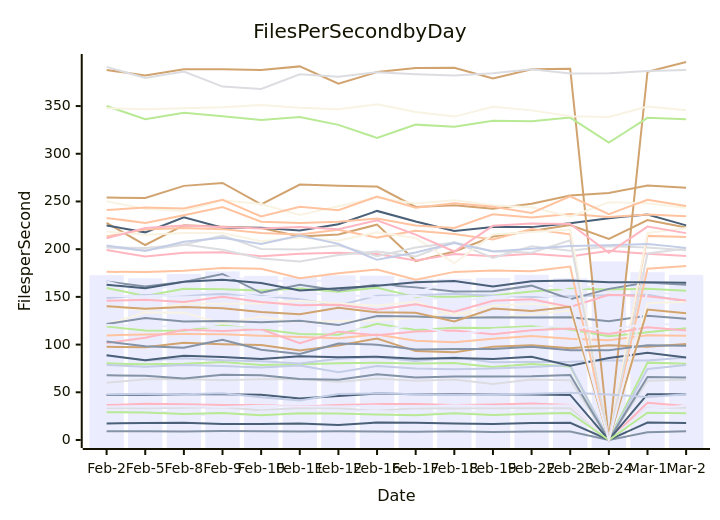
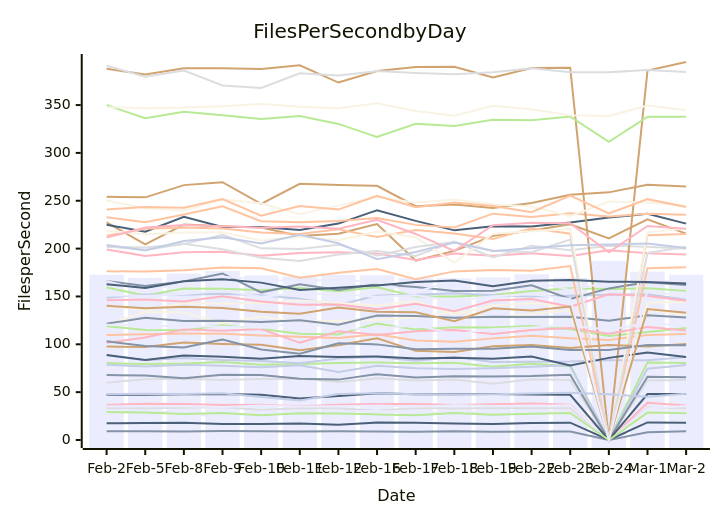
Before and after one commit to streetsidesoftware/cspell: the diagram in perf-report.md, drawn with Mermaid. The commit also changed other lines of this file and 1 other file, not shown here.

````diff
--- a/perf-report.md
+++ b/perf-report.md
@@ -10,57 +10,57 @@
 ```mermaid
 xychart-beta
     title Files Per Second by Day
     y-axis Files per Second
     x-axis Date [Feb-2, Feb-5, Feb-8, Feb-9, Feb-10, Feb-11, Feb-12, Feb-16, Feb-17, Feb-18, Feb-19, Feb-22, Feb-23, Feb-24, Mar-1, Mar-2]
-    bar [172.76, 169.39, 173.94, 176.68, 172.01, 170.80, 172.59, 172.20, 169.11, 168.97, 169.87, 173.10, 169.52, 187.14, 175.84, 173.05]
+    bar [172.76, 169.39, 173.94, 176.68, 172.01, 170.80, 172.59, 172.20, 169.11, 168.97, 169.87, 173.10, 169.52, 187.14, 175.84, 172.63]
     line [9.14, 9.10, 8.87, 9.39, 9.10, 8.79, 9.11, 8.93, 8.64, 9.05, 8.51, 8.78, 8.98, 0.00, 8.08, 9.26]
-    line [109.65, 110.63, 111.16, 110.94, 109.21, 107.83, 106.68, 110.60, 103.95, 102.58, 106.20, 108.99, 106.23, 104.62, 109.75, 109.29]
-    line [33.23, 33.25, 33.77, 34.38, 31.28, 33.43, 33.24, 30.53, 33.31, 33.04, 33.28, 33.21, 33.17, 0.00, 33.83, 33.68]
-    line [80.34, 79.32, 79.86, 81.63, 78.70, 79.41, 80.42, 80.99, 80.08, 80.78, 76.61, 79.69, 77.15, 0.00, 81.09, 79.97]
-    line [227.45, 204.37, 225.14, 223.42, 222.08, 213.20, 215.50, 225.73, 187.50, 197.59, 213.32, 219.03, 225.40, 210.70, 230.59, 222.69]
-    line [88.66, 83.22, 85.59, 83.52, 82.54, 80.25, 85.24, 86.74, 82.84, 86.83, 81.45, 81.71, 81.96, 83.41, 83.27, 86.40]
-    line [199.11, 192.32, 196.15, 196.80, 192.49, 195.28, 196.29, 194.83, 188.10, 194.84, 192.66, 195.15, 192.32, 198.30, 195.10, 192.78]
-    line [224.86, 217.64, 233.33, 222.49, 222.54, 219.50, 226.16, 240.10, 228.96, 219.08, 223.33, 223.11, 227.19, 232.41, 236.43, 224.92]
-    line [121.09, 133.64, 133.48, 121.84, 129.06, 122.93, 124.68, 125.50, 128.25, 133.90, 127.83, 131.88, 135.36, 0.00, 136.13, 132.52]
-    line [31.08, 29.80, 28.87, 23.26, 29.91, 29.82, 30.05, 30.35, 28.52, 29.28, 29.65, 29.97, 29.42, 0.00, 30.75, 30.28]
-    line [121.54, 127.82, 124.27, 124.62, 123.31, 125.03, 120.42, 129.98, 129.47, 127.87, 128.69, 128.42, 128.71, 124.50, 130.30, 127.04]
-    line [232.76, 227.56, 235.60, 244.14, 228.71, 227.46, 228.82, 232.02, 224.80, 222.16, 236.53, 233.14, 236.87, 233.63, 236.34, 234.51]
-    line [201.87, 201.12, 204.97, 199.43, 190.33, 187.01, 193.91, 197.53, 192.34, 207.35, 190.87, 203.05, 198.23, 203.08, 201.82, 198.98]
-    line [159.34, 150.93, 158.41, 157.97, 156.56, 158.71, 155.41, 159.62, 150.02, 150.05, 151.55, 155.58, 158.55, 157.69, 158.64, 156.54]
-    line [254.20, 253.57, 266.34, 269.39, 246.86, 267.66, 266.35, 265.66, 244.28, 246.16, 242.48, 247.66, 256.36, 258.77, 266.75, 264.26]
-    line [148.70, 151.93, 151.71, 152.93, 151.27, 147.55, 140.92, 151.13, 151.76, 153.31, 151.18, 149.85, 150.69, 151.72, 152.23, 145.27]
-    line [36.65, 37.87, 37.52, 36.62, 36.71, 35.21, 36.78, 37.62, 37.74, 36.57, 37.30, 38.24, 36.77, 0.00, 38.95, 35.76]
-    line [17.39, 17.79, 18.01, 16.74, 16.81, 17.17, 15.81, 18.35, 18.08, 17.18, 16.76, 17.88, 18.10, 0.00, 18.36, 17.82]
-    line [140.14, 135.87, 142.86, 142.75, 143.10, 145.82, 143.11, 140.65, 144.98, 130.98, 140.65, 142.78, 139.39, 0.00, 143.34, 144.82]
-    line [35.24, 35.24, 35.29, 34.51, 36.01, 35.10, 35.21, 35.98, 34.82, 36.43, 35.46, 35.84, 36.34, 0.00, 33.04, 35.84]
-    line [166.16, 160.94, 165.57, 174.04, 154.30, 162.65, 156.66, 162.87, 159.96, 155.64, 155.90, 161.77, 147.50, 158.41, 164.95, 162.63]
-    line [213.40, 220.70, 222.08, 221.01, 216.87, 215.38, 220.23, 212.12, 219.37, 215.84, 210.18, 221.20, 215.57, 0.00, 213.93, 212.83]
-    line [59.94, 63.60, 64.06, 62.64, 63.65, 63.88, 60.68, 64.42, 62.12, 63.28, 58.66, 63.36, 62.75, 0.00, 62.13, 63.22]
-    line [118.96, 114.84, 114.56, 119.99, 116.03, 111.12, 110.27, 121.81, 115.35, 117.70, 117.45, 119.10, 115.72, 108.80, 112.87, 117.03]
-    line [387.86, 381.95, 388.55, 388.50, 387.75, 391.57, 373.53, 385.59, 389.88, 390.09, 378.81, 388.65, 389.04, 0.00, 385.97, 396.17]
-    line [78.73, 76.88, 78.62, 77.47, 76.02, 78.07, 71.09, 77.64, 74.87, 74.07, 74.98, 76.63, 78.24, 0.00, 74.50, 78.69]
-    line [146.04, 146.87, 144.71, 150.09, 144.64, 141.32, 141.68, 136.63, 142.32, 134.55, 145.82, 147.42, 139.34, 152.31, 150.56, 146.19]
-    line [88.85, 83.51, 88.25, 87.06, 84.92, 87.81, 86.69, 87.24, 85.15, 85.90, 85.00, 87.17, 77.95, 85.83, 91.39, 86.36]
-    line [218.52, 215.06, 216.88, 216.99, 208.40, 212.31, 208.84, 217.81, 211.80, 185.28, 215.46, 218.06, 220.51, 0.00, 217.03, 222.29]
-    line [166.07, 155.61, 164.06, 170.66, 167.78, 165.93, 167.97, 164.38, 154.74, 166.79, 161.65, 166.00, 156.64, 164.50, 165.52, 164.82]
-    line [67.83, 67.42, 64.50, 68.29, 67.95, 63.94, 63.10, 68.79, 65.40, 66.62, 66.45, 66.78, 68.09, 0.00, 66.08, 65.59]
-    line [176.27, 176.08, 177.50, 180.37, 179.50, 169.53, 174.82, 178.71, 168.06, 176.19, 177.57, 176.95, 181.84, 0.00, 179.55, 182.48]
-    line [202.30, 198.84, 204.68, 214.35, 200.27, 199.54, 204.14, 192.69, 201.75, 206.87, 197.87, 196.25, 209.40, 0.00, 195.54, 200.79]
-    line [350.02, 336.18, 342.95, 339.36, 335.43, 338.51, 330.30, 316.59, 330.53, 328.24, 334.55, 334.07, 337.95, 311.68, 337.70, 336.19]
-    line [97.62, 97.16, 101.86, 100.35, 99.46, 93.91, 99.01, 106.34, 93.17, 91.86, 97.86, 99.22, 96.08, 99.35, 97.75, 100.65]
-    line [203.85, 198.04, 207.86, 211.91, 205.36, 214.41, 205.57, 188.86, 196.47, 206.41, 197.46, 200.43, 203.43, 204.23, 205.42, 201.36]
-    line [101.57, 107.21, 115.59, 114.29, 115.98, 101.55, 113.56, 109.85, 113.73, 114.86, 110.85, 114.90, 116.94, 111.12, 118.08, 114.70]
-    line [47.29, 47.35, 47.86, 48.05, 47.30, 43.46, 46.02, 48.76, 47.89, 47.85, 48.05, 47.61, 47.20, 0.00, 48.02, 47.91]
-    line [250.17, 242.23, 239.94, 251.24, 247.36, 235.88, 244.92, 253.98, 247.84, 251.30, 245.99, 243.93, 233.93, 249.19, 248.13, 243.43]
-    line [120.43, 119.43, 118.96, 118.43, 117.39, 122.51, 116.51, 115.88, 120.25, 110.42, 115.69, 117.45, 119.97, 115.23, 122.06, 120.20]
-    line [103.18, 98.24, 96.65, 104.96, 94.67, 90.15, 101.17, 99.92, 94.76, 95.38, 95.32, 97.68, 93.94, 94.07, 99.29, 98.68]
-    line [240.95, 243.60, 242.70, 251.69, 234.31, 244.51, 240.78, 255.22, 243.34, 248.23, 244.44, 238.03, 255.33, 236.79, 251.67, 245.27]
-    line [391.09, 379.53, 386.07, 370.43, 367.95, 383.26, 380.80, 385.48, 383.39, 382.12, 384.41, 388.46, 384.20, 384.25, 386.70, 387.82]
-    line [29.20, 28.78, 27.22, 28.25, 25.94, 28.04, 27.66, 26.73, 25.95, 28.09, 26.29, 27.51, 28.29, 0.00, 28.66, 28.05]
-    line [140.20, 137.55, 139.32, 138.06, 134.03, 131.86, 138.50, 133.91, 133.44, 124.24, 137.70, 135.31, 139.52, 0.00, 136.77, 132.85]
-    line [47.79, 48.42, 47.97, 48.95, 44.92, 41.33, 48.11, 48.93, 47.91, 47.47, 47.85, 48.58, 49.42, 47.74, 45.18, 48.04]
-    line [211.45, 222.13, 224.72, 223.26, 221.76, 223.13, 220.88, 230.21, 215.32, 197.56, 224.48, 226.95, 226.51, 196.21, 223.62, 216.82]
-    line [162.82, 158.93, 165.88, 167.89, 164.45, 156.78, 159.08, 161.56, 165.23, 166.55, 160.76, 166.40, 167.25, 165.44, 165.22, 164.81]
-    line [347.78, 346.57, 347.57, 348.75, 351.19, 348.15, 346.62, 351.78, 343.88, 338.94, 349.19, 345.47, 339.39, 338.55, 349.45, 345.71]
-    line [151.10, 150.58, 152.48, 156.02, 149.70, 153.17, 152.51, 149.58, 151.17, 145.28, 150.19, 152.37, 147.43, 0.00, 156.21, 151.00]
+    line [109.65, 110.63, 111.16, 110.94, 109.21, 107.83, 106.68, 110.60, 103.95, 102.58, 106.20, 108.99, 106.23, 104.62, 109.75, 110.66]
+    line [33.23, 33.25, 33.77, 34.38, 31.28, 33.43, 33.24, 30.53, 33.31, 33.04, 33.28, 33.21, 33.17, 0.00, 33.83, 33.52]
+    line [80.34, 79.32, 79.86, 81.63, 78.70, 79.41, 80.42, 80.99, 80.08, 80.78, 76.61, 79.69, 77.15, 0.00, 81.09, 80.35]
+    line [227.45, 204.37, 225.14, 223.42, 222.08, 213.20, 215.50, 225.73, 187.50, 197.59, 213.32, 219.03, 225.40, 210.70, 230.59, 215.70]
+    line [88.66, 83.22, 85.59, 83.52, 82.54, 80.25, 85.24, 86.74, 82.84, 86.83, 81.45, 81.71, 81.96, 83.41, 83.27, 86.60]
+    line [199.11, 192.32, 196.15, 196.80, 192.49, 195.28, 196.29, 194.83, 188.10, 194.84, 192.66, 195.15, 192.32, 198.30, 195.10, 193.94]
+    line [224.86, 217.64, 233.33, 222.49, 222.54, 219.50, 226.16, 240.10, 228.96, 219.08, 223.33, 223.11, 227.19, 232.41, 236.43, 226.11]
+    line [121.09, 133.64, 133.48, 121.84, 129.06, 122.93, 124.68, 125.50, 128.25, 133.90, 127.83, 131.88, 135.36, 0.00, 136.13, 130.33]
+    line [31.08, 29.80, 28.87, 23.26, 29.91, 29.82, 30.05, 30.35, 28.52, 29.28, 29.65, 29.97, 29.42, 0.00, 30.75, 30.08]
+    line [121.54, 127.82, 124.27, 124.62, 123.31, 125.03, 120.42, 129.98, 129.47, 127.87, 128.69, 128.42, 128.71, 124.50, 130.30, 127.92]
+    line [232.76, 227.56, 235.60, 244.14, 228.71, 227.46, 228.82, 232.02, 224.80, 222.16, 236.53, 233.14, 236.87, 233.63, 236.34, 235.41]
+    line [201.87, 201.12, 204.97, 199.43, 190.33, 187.01, 193.91, 197.53, 192.34, 207.35, 190.87, 203.05, 198.23, 203.08, 201.82, 199.86]
+    line [159.34, 150.93, 158.41, 157.97, 156.56, 158.71, 155.41, 159.62, 150.02, 150.05, 151.55, 155.58, 158.55, 157.69, 158.64, 155.83]
+    line [254.20, 253.57, 266.34, 269.39, 246.86, 267.66, 266.35, 265.66, 244.28, 246.16, 242.48, 247.66, 256.36, 258.77, 266.75, 264.94]
+    line [148.70, 151.93, 151.71, 152.93, 151.27, 147.55, 140.92, 151.13, 151.76, 153.31, 151.18, 149.85, 150.69, 151.72, 152.23, 146.63]
+    line [36.65, 37.87, 37.52, 36.62, 36.71, 35.21, 36.78, 37.62, 37.74, 36.57, 37.30, 38.24, 36.77, 0.00, 38.95, 36.08]
+    line [17.39, 17.79, 18.01, 16.74, 16.81, 17.17, 15.81, 18.35, 18.08, 17.18, 16.76, 17.88, 18.10, 0.00, 18.36, 17.91]
+    line [140.14, 135.87, 142.86, 142.75, 143.10, 145.82, 143.11, 140.65, 144.98, 130.98, 140.65, 142.78, 139.39, 0.00, 143.34, 144.33]
+    line [35.24, 35.24, 35.29, 34.51, 36.01, 35.10, 35.21, 35.98, 34.82, 36.43, 35.46, 35.84, 36.34, 0.00, 33.04, 35.50]
+    line [166.16, 160.94, 165.57, 174.04, 154.30, 162.65, 156.66, 162.87, 159.96, 155.64, 155.90, 161.77, 147.50, 158.41, 164.95, 161.90]
+    line [213.40, 220.70, 222.08, 221.01, 216.87, 215.38, 220.23, 212.12, 219.37, 215.84, 210.18, 221.20, 215.57, 0.00, 213.93, 215.24]
+    line [59.94, 63.60, 64.06, 62.64, 63.65, 63.88, 60.68, 64.42, 62.12, 63.28, 58.66, 63.36, 62.75, 0.00, 62.13, 62.75]
+    line [118.96, 114.84, 114.56, 119.99, 116.03, 111.12, 110.27, 121.81, 115.35, 117.70, 117.45, 119.10, 115.72, 108.80, 112.87, 116.94]
+    line [387.86, 381.95, 388.55, 388.50, 387.75, 391.57, 373.53, 385.59, 389.88, 390.09, 378.81, 388.65, 389.04, 0.00, 385.97, 395.00]
+    line [78.73, 76.88, 78.62, 77.47, 76.02, 78.07, 71.09, 77.64, 74.87, 74.07, 74.98, 76.63, 78.24, 0.00, 74.50, 78.44]
+    line [146.04, 146.87, 144.71, 150.09, 144.64, 141.32, 141.68, 136.63, 142.32, 134.55, 145.82, 147.42, 139.34, 152.31, 150.56, 145.58]
+    line [88.85, 83.51, 88.25, 87.06, 84.92, 87.81, 86.69, 87.24, 85.15, 85.90, 85.00, 87.17, 77.95, 85.83, 91.39, 86.64]
+    line [218.52, 215.06, 216.88, 216.99, 208.40, 212.31, 208.84, 217.81, 211.80, 185.28, 215.46, 218.06, 220.51, 0.00, 217.03, 221.00]
+    line [166.07, 155.61, 164.06, 170.66, 167.78, 165.93, 167.97, 164.38, 154.74, 166.79, 161.65, 166.00, 156.64, 164.50, 165.52, 165.81]
+    line [67.83, 67.42, 64.50, 68.29, 67.95, 63.94, 63.10, 68.79, 65.40, 66.62, 66.45, 66.78, 68.09, 0.00, 66.08, 65.63]
+    line [176.27, 176.08, 177.50, 180.37, 179.50, 169.53, 174.82, 178.71, 168.06, 176.19, 177.57, 176.95, 181.84, 0.00, 179.55, 180.55]
+    line [202.30, 198.84, 204.68, 214.35, 200.27, 199.54, 204.14, 192.69, 201.75, 206.87, 197.87, 196.25, 209.40, 0.00, 195.54, 201.68]
+    line [350.02, 336.18, 342.95, 339.36, 335.43, 338.51, 330.30, 316.59, 330.53, 328.24, 334.55, 334.07, 337.95, 311.68, 337.70, 337.73]
+    line [97.62, 97.16, 101.86, 100.35, 99.46, 93.91, 99.01, 106.34, 93.17, 91.86, 97.86, 99.22, 96.08, 99.35, 97.75, 100.43]
+    line [203.85, 198.04, 207.86, 211.91, 205.36, 214.41, 205.57, 188.86, 196.47, 206.41, 197.46, 200.43, 203.43, 204.23, 205.42, 200.61]
+    line [101.57, 107.21, 115.59, 114.29, 115.98, 101.55, 113.56, 109.85, 113.73, 114.86, 110.85, 114.90, 116.94, 111.12, 118.08, 114.50]
+    line [47.29, 47.35, 47.86, 48.05, 47.30, 43.46, 46.02, 48.76, 47.89, 47.85, 48.05, 47.61, 47.20, 0.00, 48.02, 48.12]
+    line [250.17, 242.23, 239.94, 251.24, 247.36, 235.88, 244.92, 253.98, 247.84, 251.30, 245.99, 243.93, 233.93, 249.19, 248.13, 244.87]
+    line [120.43, 119.43, 118.96, 118.43, 117.39, 122.51, 116.51, 115.88, 120.25, 110.42, 115.69, 117.45, 119.97, 115.23, 122.06, 119.27]
+    line [103.18, 98.24, 96.65, 104.96, 94.67, 90.15, 101.17, 99.92, 94.76, 95.38, 95.32, 97.68, 93.94, 94.07, 99.29, 99.05]
+    line [240.95, 243.60, 242.70, 251.69, 234.31, 244.51, 240.78, 255.22, 243.34, 248.23, 244.44, 238.03, 255.33, 236.79, 251.67, 243.47]
+    line [391.09, 379.53, 386.07, 370.43, 367.95, 383.26, 380.80, 385.48, 383.39, 382.12, 384.41, 388.46, 384.20, 384.25, 386.70, 384.53]
+    line [29.20, 28.78, 27.22, 28.25, 25.94, 28.04, 27.66, 26.73, 25.95, 28.09, 26.29, 27.51, 28.29, 0.00, 28.66, 28.06]
+    line [140.20, 137.55, 139.32, 138.06, 134.03, 131.86, 138.50, 133.91, 133.44, 124.24, 137.70, 135.31, 139.52, 0.00, 136.77, 133.08]
+    line [47.79, 48.42, 47.97, 48.95, 44.92, 41.33, 48.11, 48.93, 47.91, 47.47, 47.85, 48.58, 49.42, 47.74, 45.18, 48.41]
+    line [211.45, 222.13, 224.72, 223.26, 221.76, 223.13, 220.88, 230.21, 215.32, 197.56, 224.48, 226.95, 226.51, 196.21, 223.62, 220.65]
+    line [162.82, 158.93, 165.88, 167.89, 164.45, 156.78, 159.08, 161.56, 165.23, 166.55, 160.76, 166.40, 167.25, 165.44, 165.22, 163.57]
+    line [347.78, 346.57, 347.57, 348.75, 351.19, 348.15, 346.62, 351.78, 343.88, 338.94, 349.19, 345.47, 339.39, 338.55, 349.45, 344.55]
+    line [151.10, 150.58, 152.48, 156.02, 149.70, 153.17, 152.51, 149.58, 151.17, 145.28, 150.19, 152.37, 147.43, 0.00, 156.21, 149.56]
 ```
````
